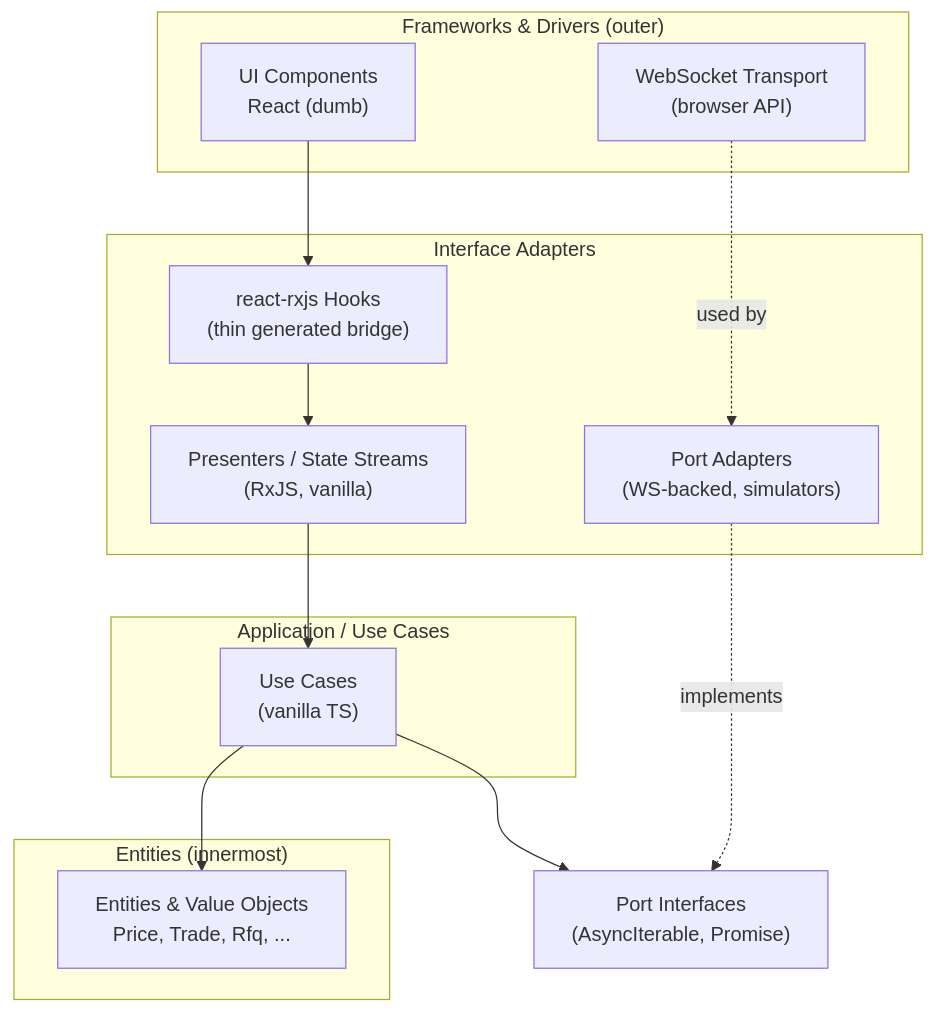
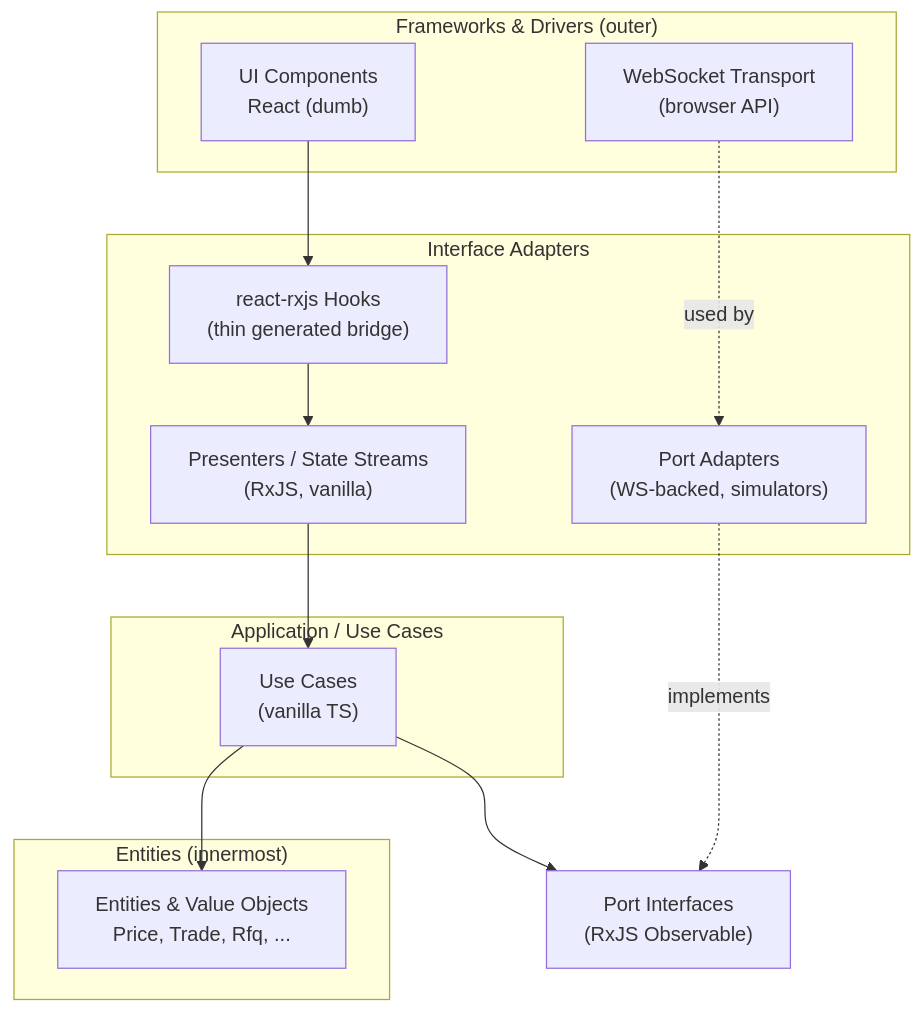
Before and after one commit to bettersoftware-io/ReactiveTraderCloudClone: the first of 18 diagrams in docs/architecture.md, drawn with Mermaid. The commit also changed other lines of this file and 4 other files, not shown here.

Commit message:
refactor(domain): finalize Phase 2.6 — delete delay.ts, update architecture.md, mark STATUS done

````diff
--- a/docs/architecture.md
+++ b/docs/architecture.md
@@ -76,27 +76,27 @@
 ```mermaid
 graph TB
     subgraph FrameworksDrivers["Frameworks & Drivers (outer)"]
         UI["UI Components<br/>React (dumb)"]
         WS["WebSocket Transport<br/>(browser API)"]
     end
     subgraph InterfaceAdapters["Interface Adapters"]
         Hooks["react-rxjs Hooks<br/>(thin generated bridge)"]
         Presenters["Presenters / State Streams<br/>(RxJS, vanilla)"]
         Adapters["Port Adapters<br/>(WS-backed, simulators)"]
     end
     subgraph ApplicationCircle["Application / Use Cases"]
         UseCases["Use Cases<br/>(vanilla TS)"]
     end
     subgraph EntitiesCircle["Entities (innermost)"]
         Entities["Entities & Value Objects<br/>Price, Trade, Rfq, ..."]
     end
-    Ports["Port Interfaces<br/>(AsyncIterable, Promise)"]
+    Ports["Port Interfaces<br/>(RxJS Observable)"]
 
     UI --> Hooks
     Hooks --> Presenters
     Presenters --> UseCases
     UseCases --> Ports
     UseCases --> Entities
     Adapters -.implements.-> Ports
     WS -.used by.-> Adapters
 ```
````
